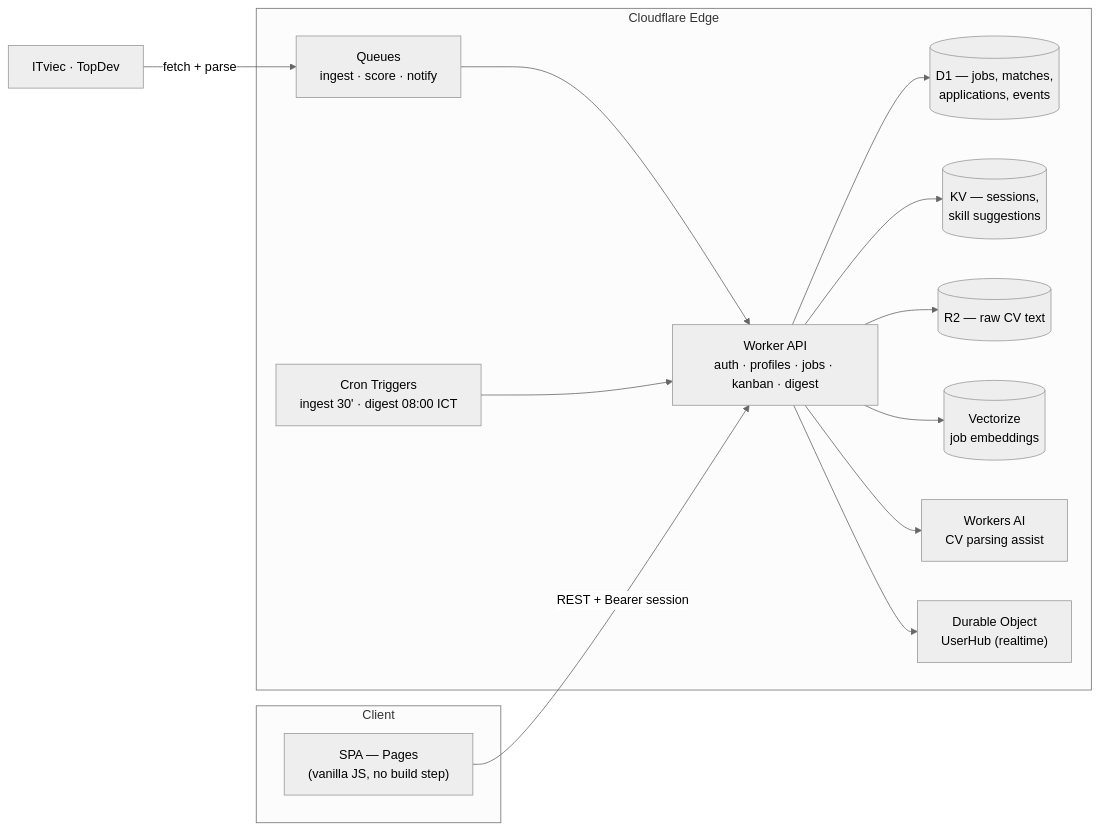
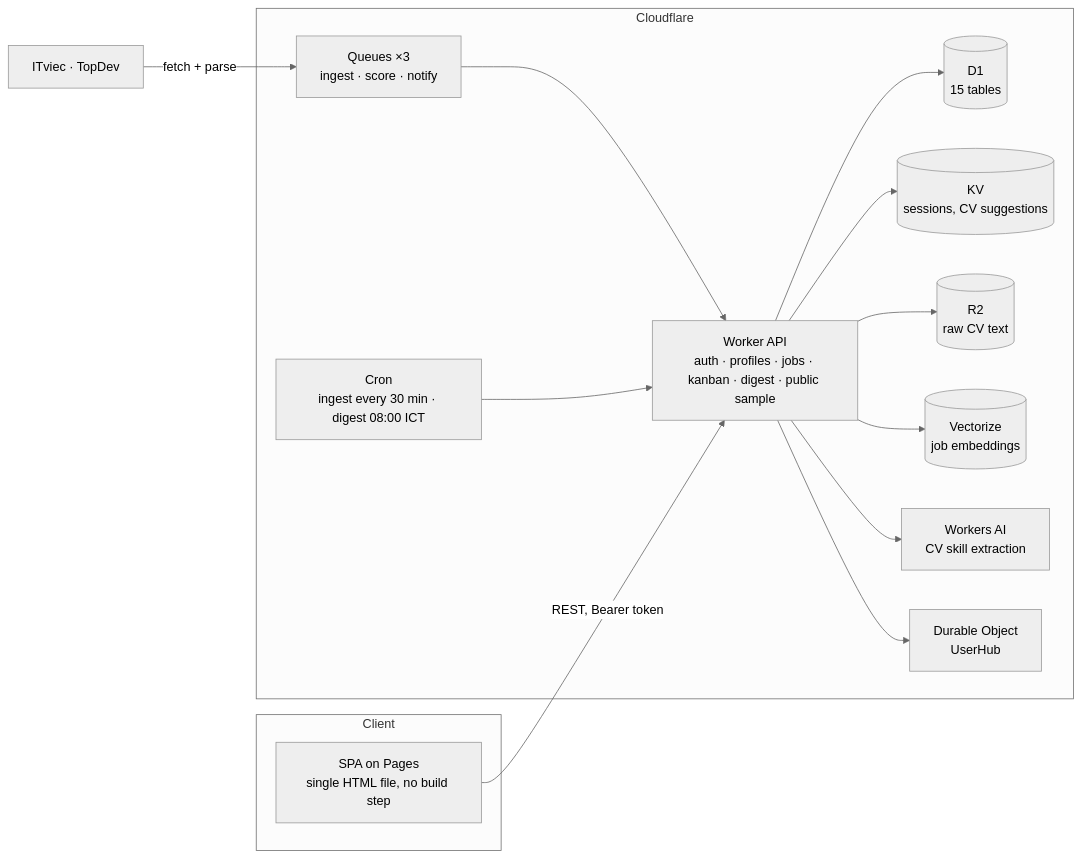
Before and after one commit to TriSBie/jobpilot-edge: the diagram in README.md, drawn with Mermaid (neutral theme). The commit also changed other lines of this file and 6 other files, not shown here.

````diff
--- a/README.md
+++ b/README.md
@@ -60,22 +60,22 @@
 ```mermaid
 flowchart LR
     subgraph Client
-        SPA["SPA — Pages<br/>(vanilla JS, no build step)"]
+        SPA["SPA on Pages<br/>single HTML file, no build step"]
     end
-    subgraph Edge["Cloudflare Edge"]
-        API["Worker API<br/>auth · profiles · jobs · kanban · digest"]
-        Q["Queues<br/>ingest · score · notify"]
-        CRON["Cron Triggers<br/>ingest 30' · digest 08:00 ICT"]
-        DO["Durable Object<br/>UserHub (realtime)"]
-        D1[("D1 — jobs, matches,<br/>applications, events")]
-        KV[("KV — sessions,<br/>skill suggestions")]
-        R2[("R2 — raw CV text")]
+    subgraph Edge["Cloudflare"]
+        API["Worker API<br/>auth · profiles · jobs · kanban · digest · public sample"]
+        Q["Queues ×3<br/>ingest · score · notify"]
+        CRON["Cron<br/>ingest every 30 min · digest 08:00 ICT"]
+        DO["Durable Object<br/>UserHub"]
+        D1[("D1<br/>15 tables")]
+        KV[("KV<br/>sessions, CV suggestions")]
+        R2[("R2<br/>raw CV text")]
         VEC[("Vectorize<br/>job embeddings")]
-        AI["Workers AI<br/>CV parsing assist"]
+        AI["Workers AI<br/>CV skill extraction"]
     end
     SRC["ITviec · TopDev"] -->|fetch + parse| Q
     CRON --> API
-    SPA -->|REST + Bearer session| API
+    SPA -->|REST, Bearer token| API
     API --> D1 & KV & R2 & VEC & AI & DO
     Q --> API
 ```
````
